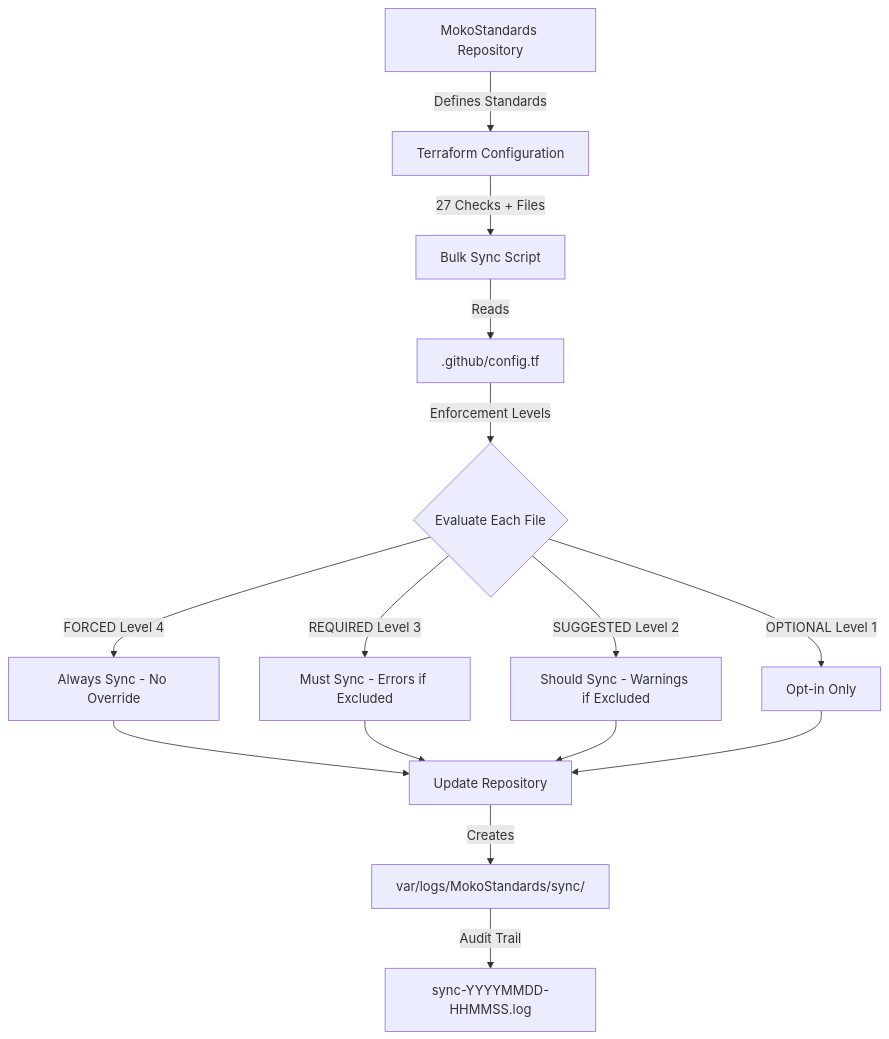
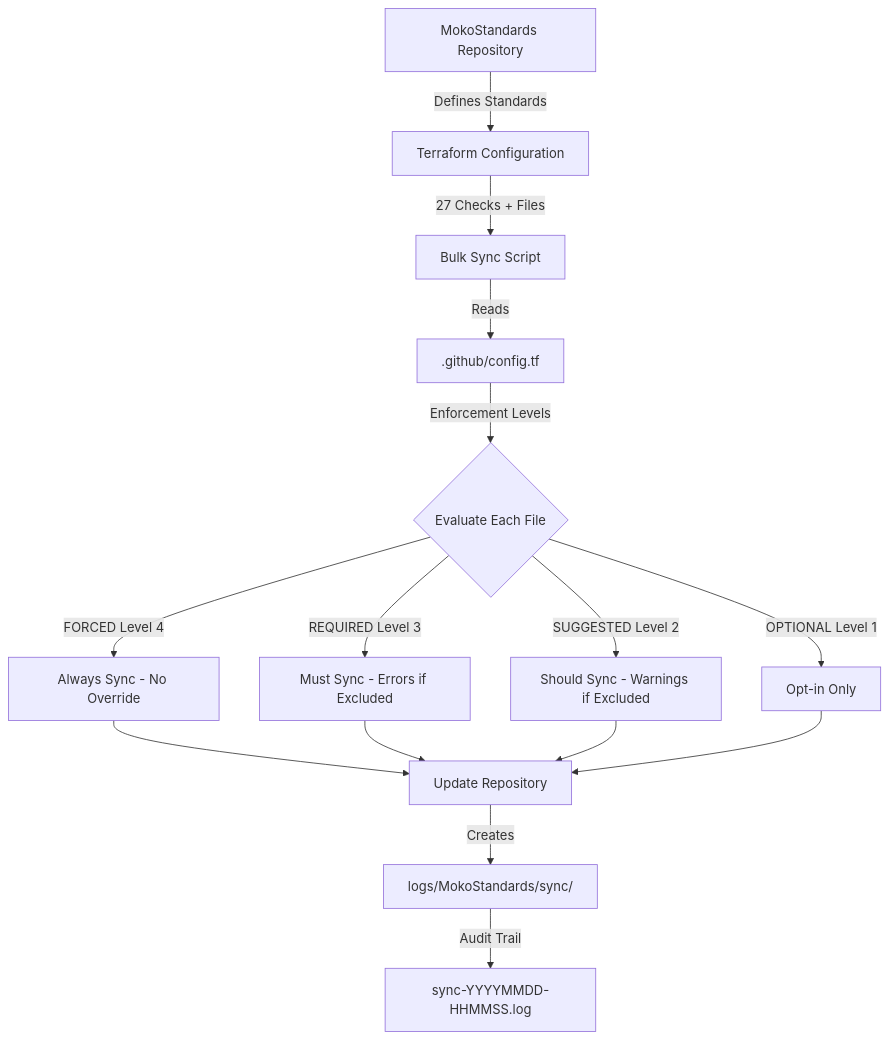
One commit to mokoconsulting-tech/MokoStandards changed the diagram in docs/training/session-7-terraform-infrastructure.md. Above: the diagram before and after it, drawn with Mermaid. The commit also changed other lines of this file and 11 other files, not shown here.

````diff
--- a/docs/training/session-7-terraform-infrastructure.md
+++ b/docs/training/session-7-terraform-infrastructure.md
@@ -494,17 +494,17 @@
 ```mermaid
 graph TD
     A[MokoStandards Repository] -->|Defines Standards| B[Terraform Configuration]
     B -->|27 Checks + Files| C[Bulk Sync Script]
     C -->|Reads| D[.github/config.tf]
     D -->|Enforcement Levels| E{Evaluate Each File}
     E -->|FORCED Level 4| F[Always Sync - No Override]
     E -->|REQUIRED Level 3| G[Must Sync - Errors if Excluded]
     E -->|SUGGESTED Level 2| H[Should Sync - Warnings if Excluded]
     E -->|OPTIONAL Level 1| I[Opt-in Only]
     F --> J[Update Repository]
     G --> J
     H --> J
     I --> J
-    J -->|Creates| K[var/logs/MokoStandards/sync/]
+    J -->|Creates| K[logs/MokoStandards/sync/]
     K -->|Audit Trail| L[sync-YYYYMMDD-HHMMSS.log]
 ```
````
